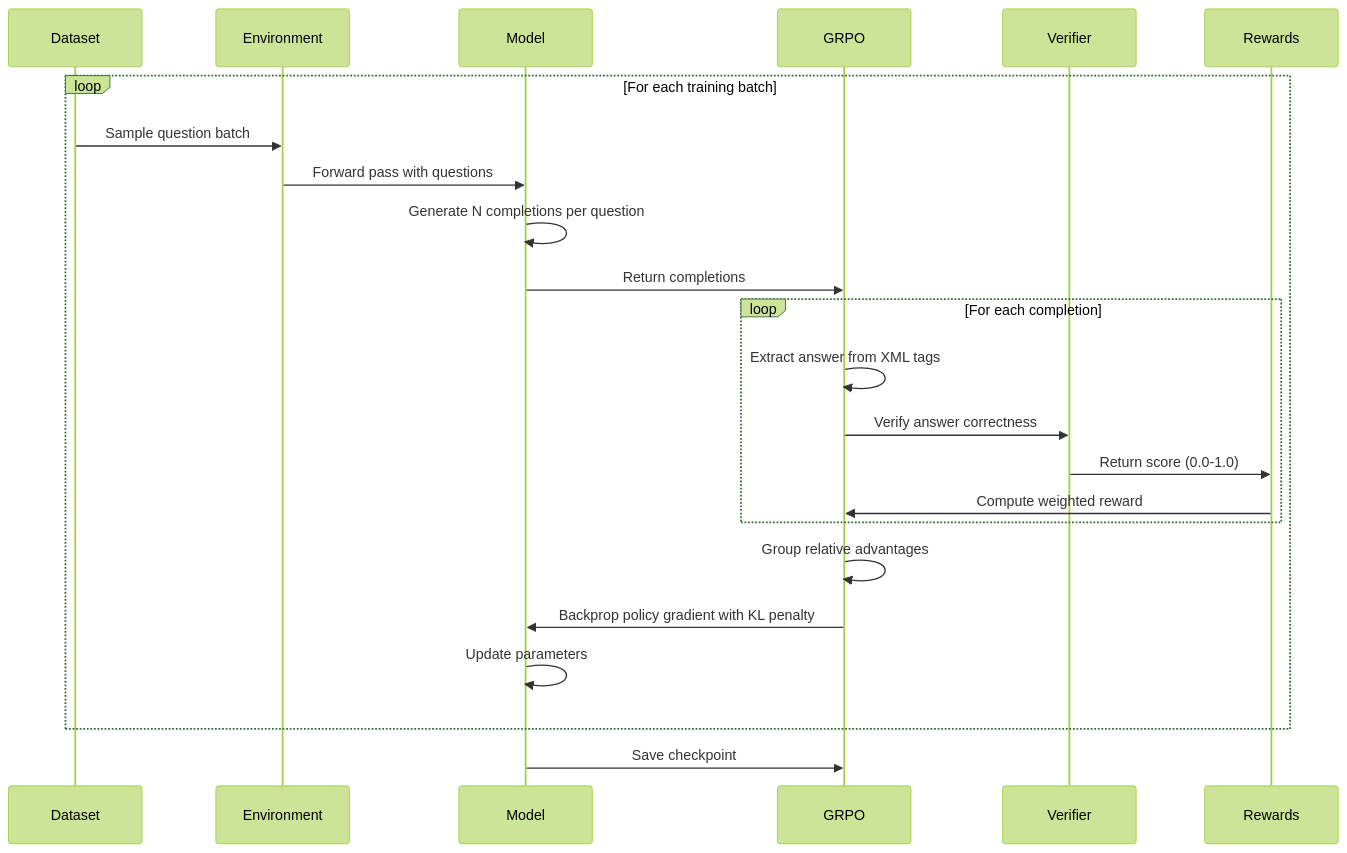
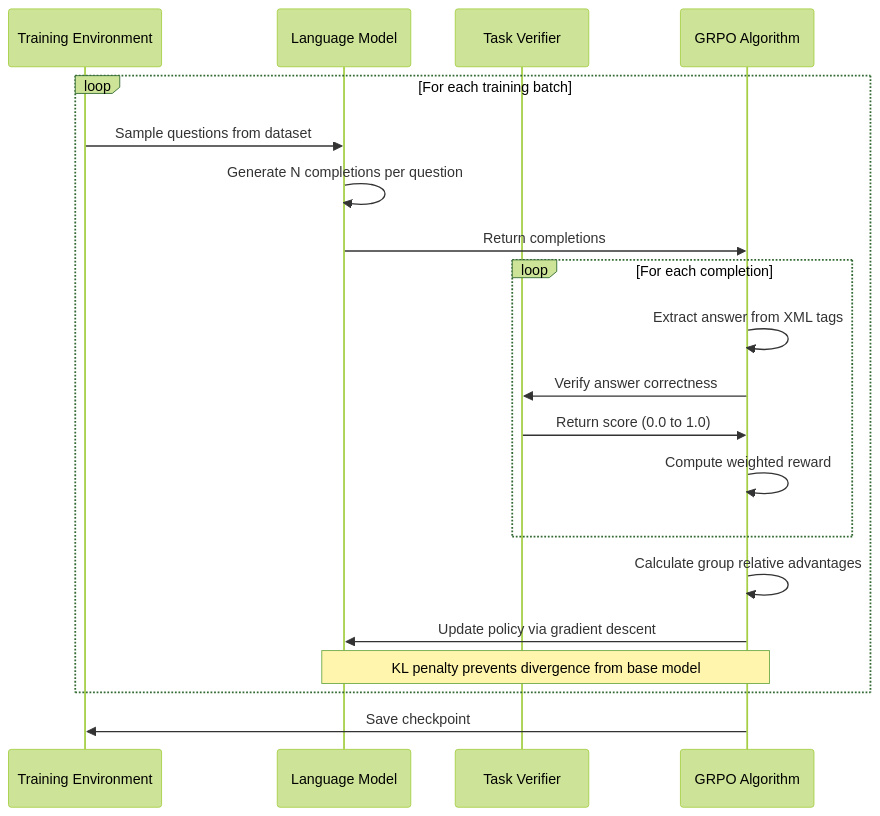
One commit to AH-Technologies/reasoning-gym changed the third of 5 diagrams in ARCHITECTURE.md. Above: the diagram before and after it, drawn with Mermaid (forest theme).

Commit message:
simplify architecture diagram

````diff
--- a/ARCHITECTURE.md
+++ b/ARCHITECTURE.md
@@ -116,29 +116,26 @@
 ```mermaid
 sequenceDiagram
-    participant Dataset
-    participant Environment
-    participant Model
-    participant GRPO
-    participant Verifier
-    participant Rewards
+    participant Env as Training Environment
+    participant Model as Language Model
+    participant Verifier as Task Verifier
+    participant GRPO as GRPO Algorithm
 
     loop For each training batch
-        Dataset->>Environment: Sample question batch
-        Environment->>Model: Forward pass with questions
+        Env->>Model: Sample questions from dataset
         Model->>Model: Generate N completions per question
         Model->>GRPO: Return completions
 
         loop For each completion
             GRPO->>GRPO: Extract answer from XML tags
             GRPO->>Verifier: Verify answer correctness
-            Verifier->>Rewards: Return score (0.0-1.0)
-            Rewards->>GRPO: Compute weighted reward
+            Verifier->>GRPO: Return score (0.0 to 1.0)
+            GRPO->>GRPO: Compute weighted reward
         end
 
-        GRPO->>GRPO: Group relative advantages
-        GRPO->>Model: Backprop policy gradient with KL penalty
-        Model->>Model: Update parameters
+        GRPO->>GRPO: Calculate group relative advantages
+        GRPO->>Model: Update policy via gradient descent
+        Note over GRPO,Model: KL penalty prevents divergence from base model
     end
 
-    Model->>GRPO: Save checkpoint
+    GRPO->>Env: Save checkpoint
 ```
````
